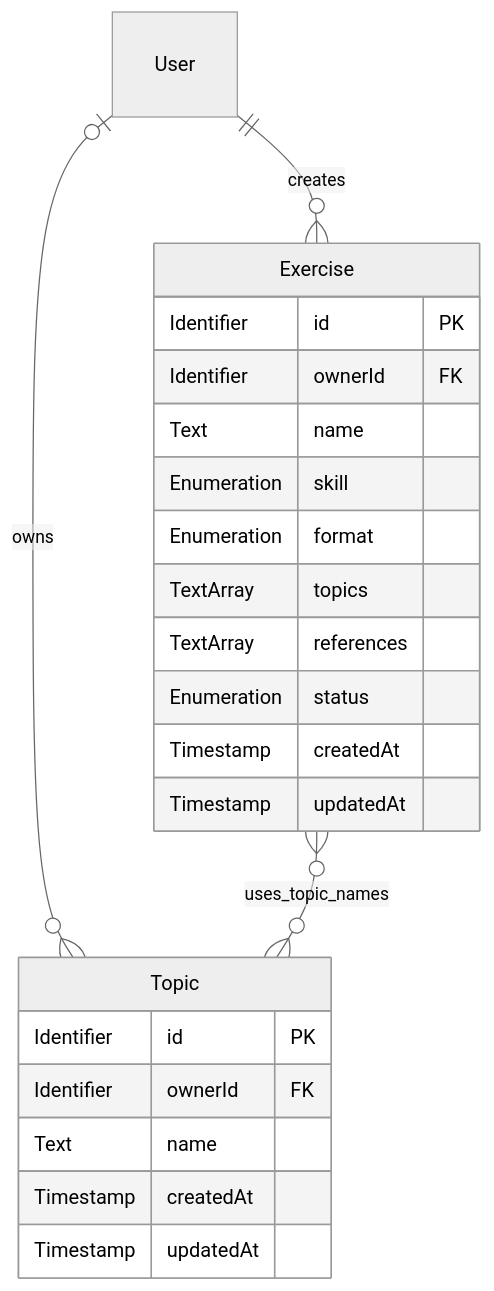
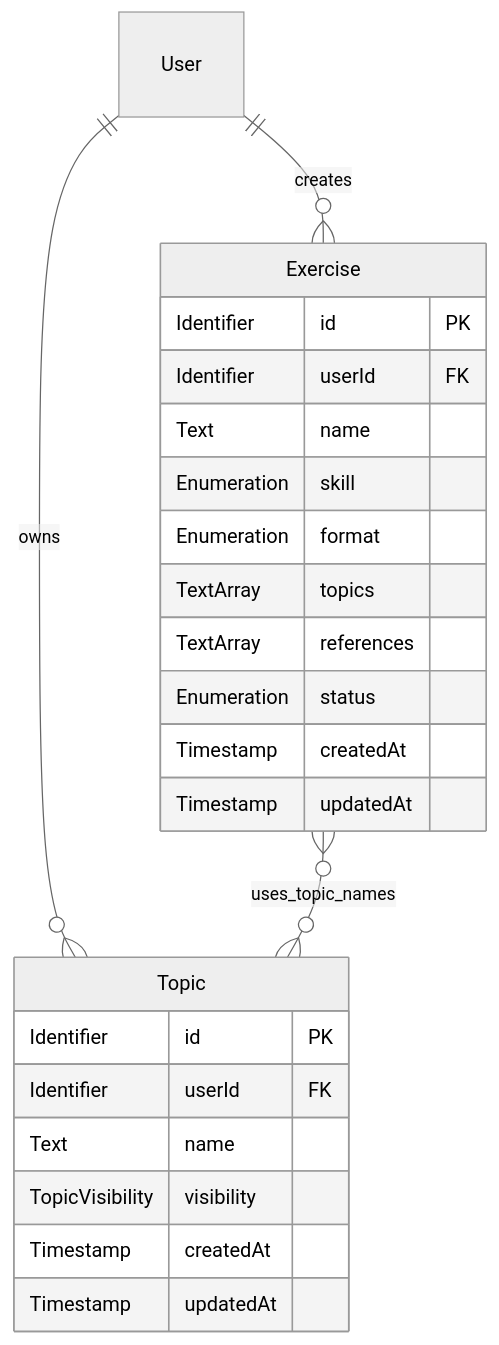
One commit to lamhq/fluento changed the diagram in docs/core/spec/data.md. Above: the diagram before and after it, drawn with Mermaid (neutral theme). The commit also changed other lines of this file and 151 other files, not shown here.

````diff
--- a/docs/core/spec/data.md
+++ b/docs/core/spec/data.md
@@ -19,27 +19,28 @@
 ```mermaid
 erDiagram
     User ||--o{ Exercise : creates
-    User o|--o{ Topic : owns
+    User ||--o{ Topic : owns
     Exercise }o--o{ Topic : uses_topic_names
 
     Exercise {
         Identifier id PK
-        Identifier ownerId FK
+        Identifier userId FK
         Text name
         Enumeration skill
         Enumeration format
         TextArray topics
         TextArray references
         Enumeration status
         Timestamp createdAt
         Timestamp updatedAt
     }
 
     Topic {
         Identifier id PK
-        Identifier ownerId FK
+        Identifier userId FK
         Text name
+        TopicVisibility visibility
         Timestamp createdAt
         Timestamp updatedAt
     }
 ```
````
